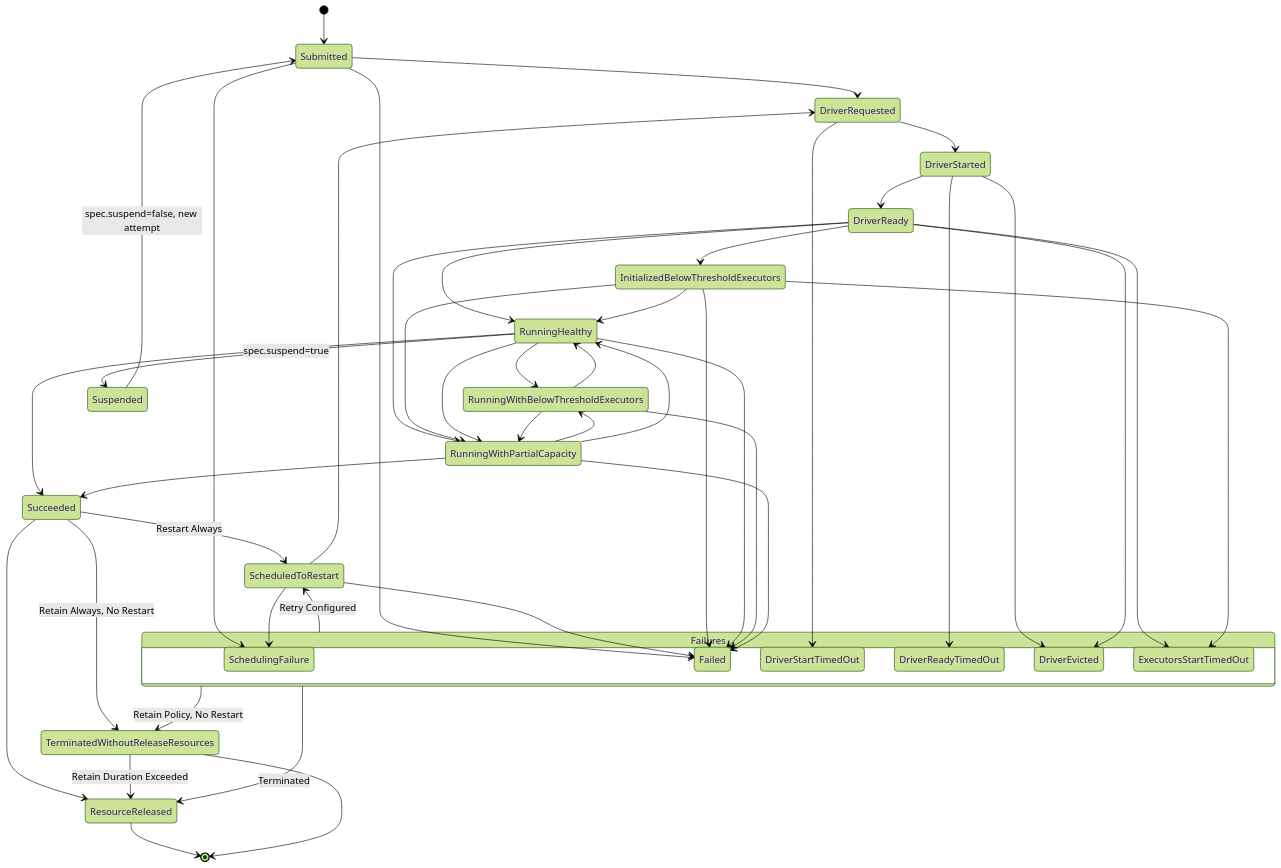
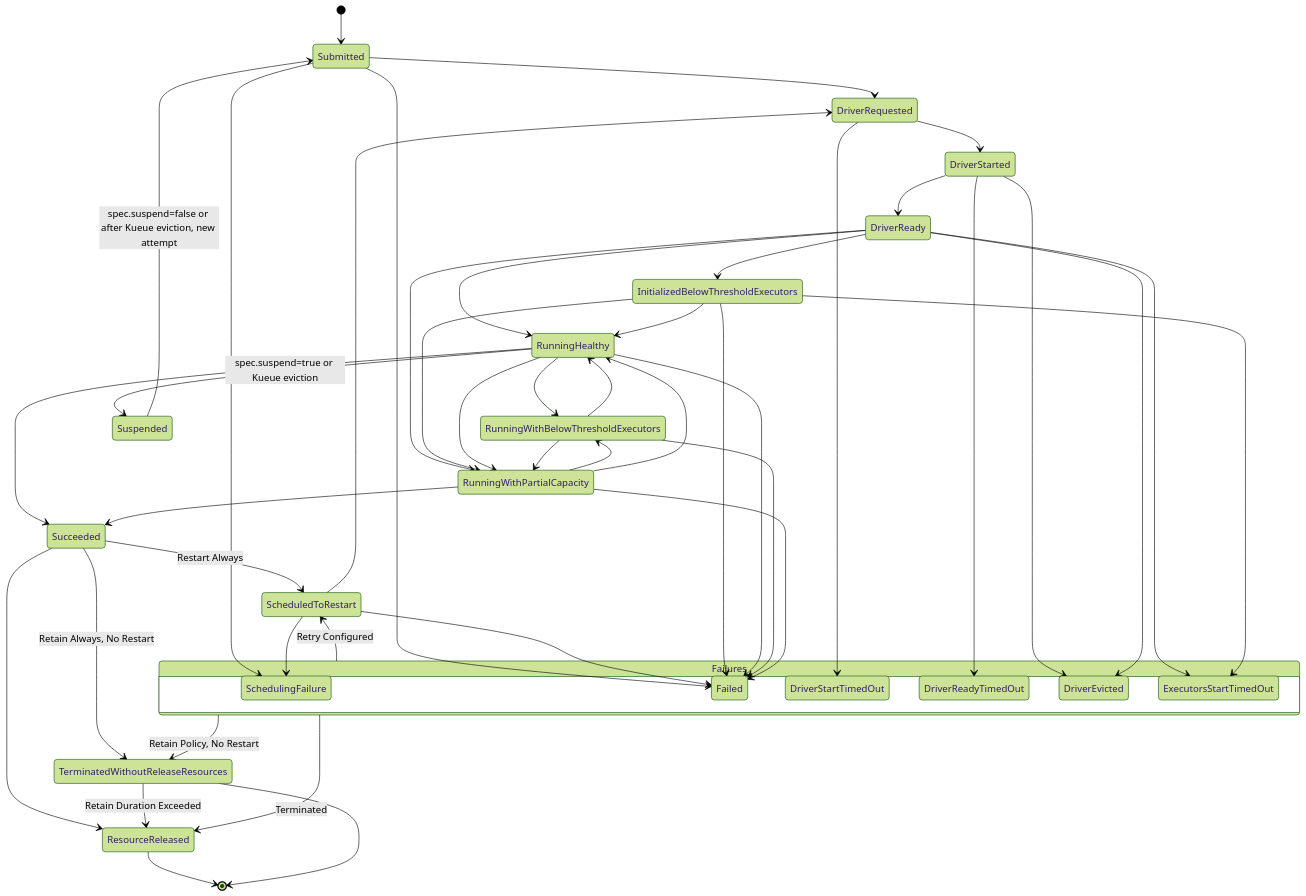
Before and after one commit to apache/spark-kubernetes-operator: the second of 3 diagrams in docs/architecture.md, drawn with Mermaid (forest theme). The commit also changed other lines of this file and 17 other files, not shown here.

First line of the commit message:
[SPARK-60052] Suspend and requeue a running `SparkApplication` on Kueue eviction

````diff
--- a/docs/architecture.md
+++ b/docs/architecture.md
@@ -96,70 +96,70 @@
 ```mermaid
 stateDiagram-v2
 
     [*] --> Submitted
 
     Submitted --> DriverRequested
     Submitted --> SchedulingFailure
     Submitted --> Failed
 
     ScheduledToRestart --> DriverRequested
     ScheduledToRestart --> SchedulingFailure
     ScheduledToRestart --> Failed
 
     DriverRequested --> DriverStarted
     DriverRequested --> DriverStartTimedOut
 
     DriverStarted --> DriverReady
     DriverStarted --> DriverReadyTimedOut
     DriverStarted --> DriverEvicted
 
     DriverReady --> RunningHealthy
     DriverReady --> InitializedBelowThresholdExecutors
     DriverReady --> RunningWithPartialCapacity
     DriverReady --> ExecutorsStartTimedOut
     DriverReady --> DriverEvicted
 
     InitializedBelowThresholdExecutors --> RunningHealthy
     InitializedBelowThresholdExecutors --> RunningWithPartialCapacity
     InitializedBelowThresholdExecutors --> ExecutorsStartTimedOut
     InitializedBelowThresholdExecutors --> Failed
 
     RunningHealthy --> Succeeded
     RunningHealthy --> RunningWithBelowThresholdExecutors
     RunningHealthy --> RunningWithPartialCapacity
     RunningHealthy --> Failed
 
     RunningWithBelowThresholdExecutors --> RunningWithPartialCapacity
     RunningWithBelowThresholdExecutors --> RunningHealthy
     RunningWithBelowThresholdExecutors --> Failed
 
     RunningWithPartialCapacity --> RunningWithBelowThresholdExecutors
     RunningWithPartialCapacity --> RunningHealthy
     RunningWithPartialCapacity --> Succeeded
     RunningWithPartialCapacity --> Failed
 
-    RunningHealthy --> Suspended : spec.suspend=true
-    Suspended --> Submitted : spec.suspend=false, new attempt
+    RunningHealthy --> Suspended : spec.suspend=true or Kueue eviction
+    Suspended --> Submitted : spec.suspend=false or after Kueue eviction, new attempt
 
     state Failures {
         SchedulingFailure
         DriverStartTimedOut
         DriverReadyTimedOut
         ExecutorsStartTimedOut
         DriverEvicted
         Failed
     }
 
     Failures --> ScheduledToRestart : Retry Configured
     Failures --> ResourceReleased : Terminated
 
     Succeeded --> ScheduledToRestart : Restart Always
     Succeeded --> ResourceReleased
     ResourceReleased --> [*]
 
     %% Place TerminatedWithoutReleaseResources further to avoid overlap
     Failures --> TerminatedWithoutReleaseResources : Retain Policy, No Restart
     Succeeded --> TerminatedWithoutReleaseResources : Retain Always, No Restart
     TerminatedWithoutReleaseResources --> ResourceReleased : Retain Duration Exceeded
     TerminatedWithoutReleaseResources --> [*]
 ```
````
